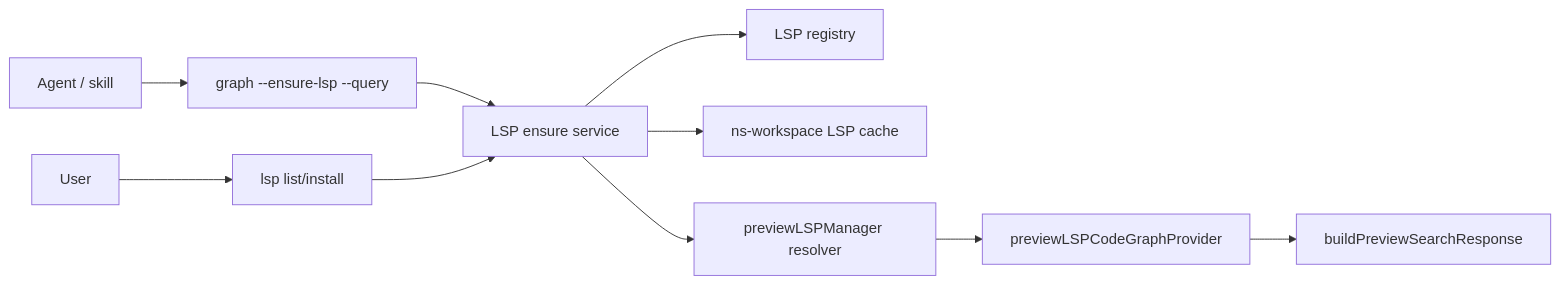
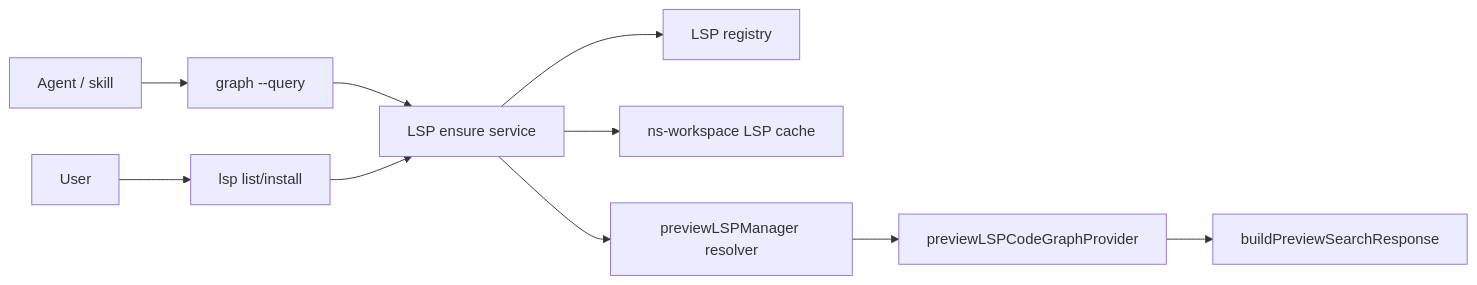
The diagram in docs/specs/planning/auto-install-lsp-for-graph.md (ngosangns/ns-workspace), drawn with Mermaid before and after one commit. The commit also changed other lines of this file and 15 other files, not shown here.

First line of the commit message:
feat(preview): auto ensure lsp for graph queries

````diff
--- a/docs/specs/planning/auto-install-lsp-for-graph.md
+++ b/docs/specs/planning/auto-install-lsp-for-graph.md
@@ -184,12 +184,12 @@
 ```mermaid
 flowchart LR
-  Agent["Agent / skill"] --> Graph["graph --ensure-lsp --query"]
+  Agent["Agent / skill"] --> Graph["graph --query"]
   User["User"] --> LSPCLI["lsp list/install"]
   Graph --> Ensure["LSP ensure service"]
   LSPCLI --> Ensure
   Ensure --> Registry["LSP registry"]
   Ensure --> Cache["ns-workspace LSP cache"]
   Ensure --> Resolver["previewLSPManager resolver"]
   Resolver --> Provider["previewLSPCodeGraphProvider"]
   Provider --> Search["buildPreviewSearchResponse"]
 ```
````
